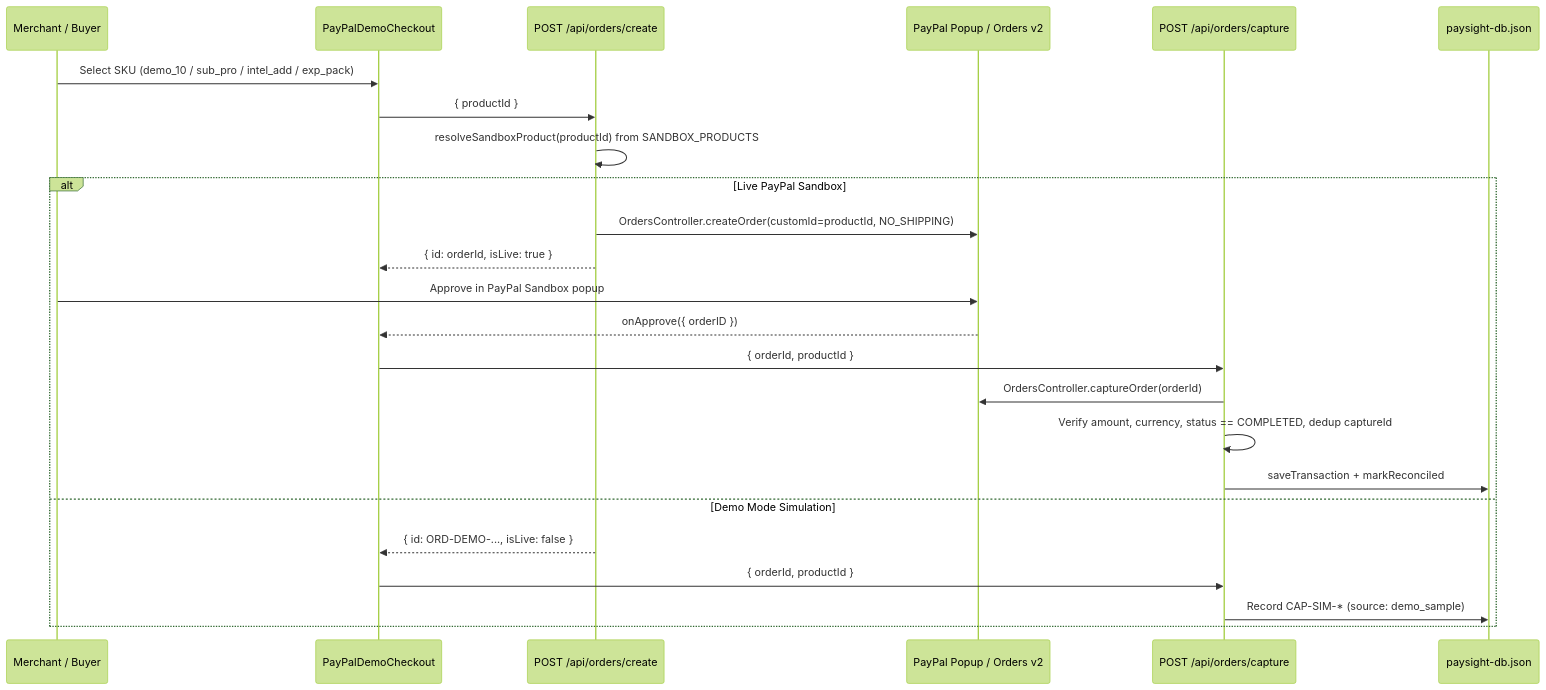
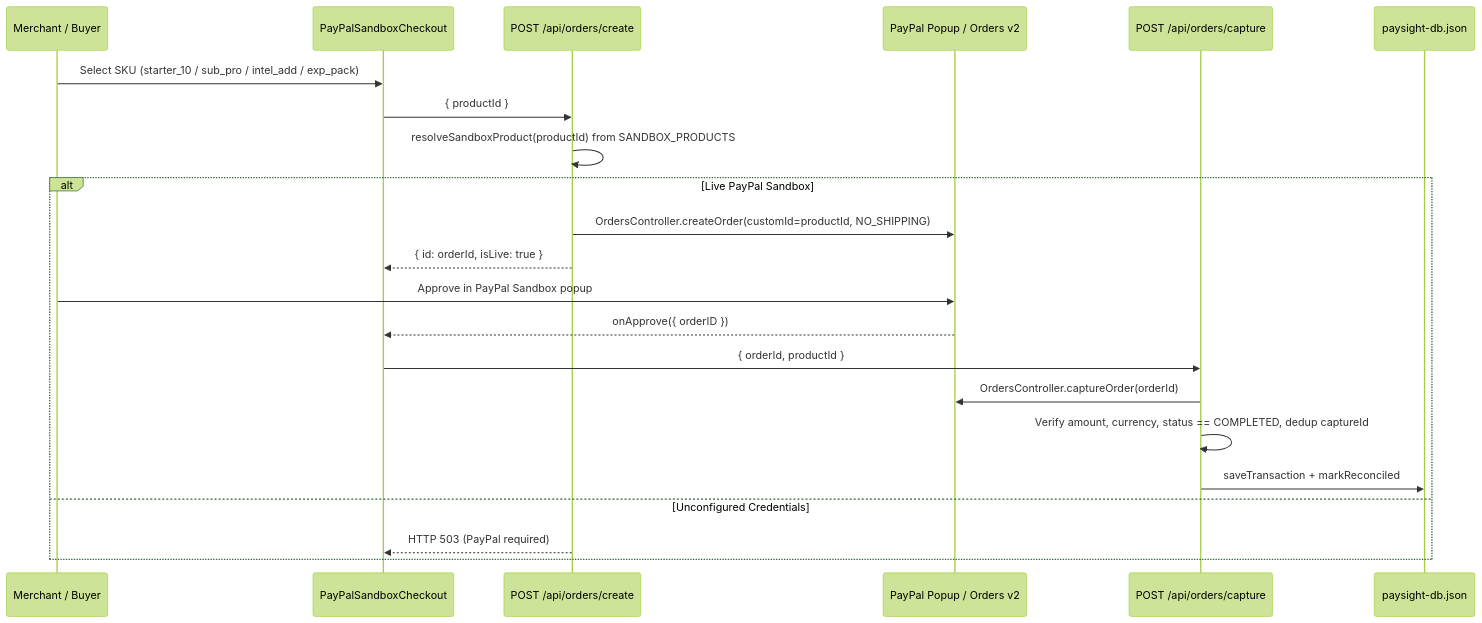
The fourth of 5 diagrams in ARCHITECTURE.md (yugomania/Paysight), drawn with Mermaid (forest theme) before and after one commit. The commit also changed other lines of this file and 40 other files, not shown here.

````diff
--- a/ARCHITECTURE.md
+++ b/ARCHITECTURE.md
@@ -132,27 +132,25 @@
 ```mermaid
 sequenceDiagram
     participant U as Merchant / Buyer
-    participant CHK as PayPalDemoCheckout
+    participant CHK as PayPalSandboxCheckout
     participant C as POST /api/orders/create
     participant P as PayPal Popup / Orders v2
     participant CAP as POST /api/orders/capture
     participant DB as paysight-db.json
 
-    U->>CHK: Select SKU (demo_10 / sub_pro / intel_add / exp_pack)
+    U->>CHK: Select SKU (starter_10 / sub_pro / intel_add / exp_pack)
     CHK->>C: { productId }
     C->>C: resolveSandboxProduct(productId) from SANDBOX_PRODUCTS
     alt Live PayPal Sandbox
         C->>P: OrdersController.createOrder(customId=productId, NO_SHIPPING)
         C-->>CHK: { id: orderId, isLive: true }
         U->>P: Approve in PayPal Sandbox popup
         P-->>CHK: onApprove({ orderID })
         CHK->>CAP: { orderId, productId }
         CAP->>P: OrdersController.captureOrder(orderId)
         CAP->>CAP: Verify amount, currency, status == COMPLETED, dedup captureId
         CAP->>DB: saveTransaction + markReconciled
-    else Demo Mode Simulation
-        C-->>CHK: { id: ORD-DEMO-..., isLive: false }
-        CHK->>CAP: { orderId, productId }
-        CAP->>DB: Record CAP-SIM-* (source: demo_sample)
+    else Unconfigured Credentials
+        C-->>CHK: HTTP 503 (PayPal required)
     end
 ```
````
